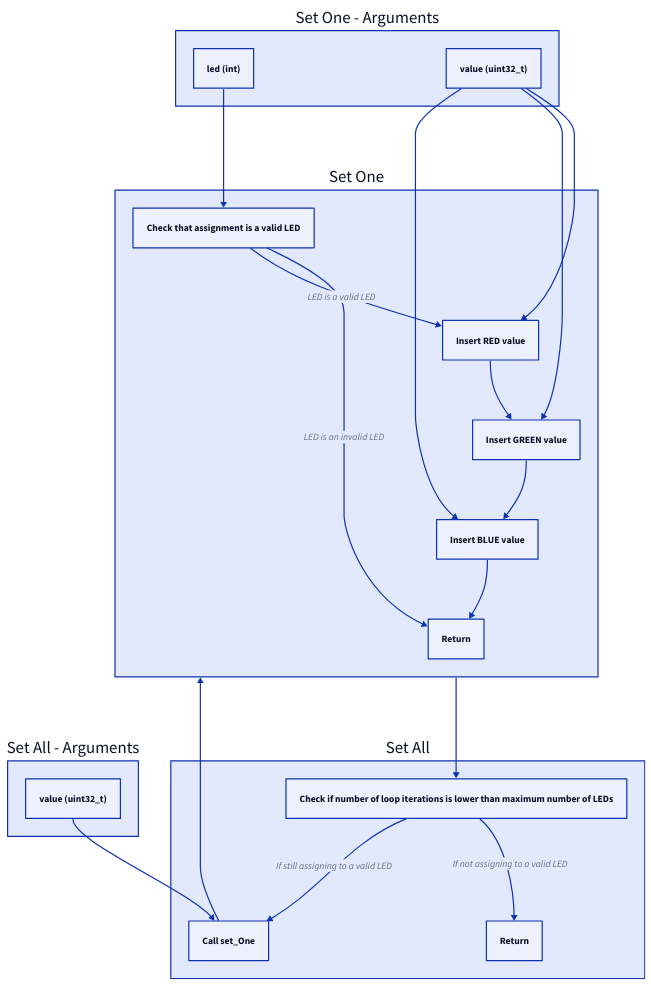
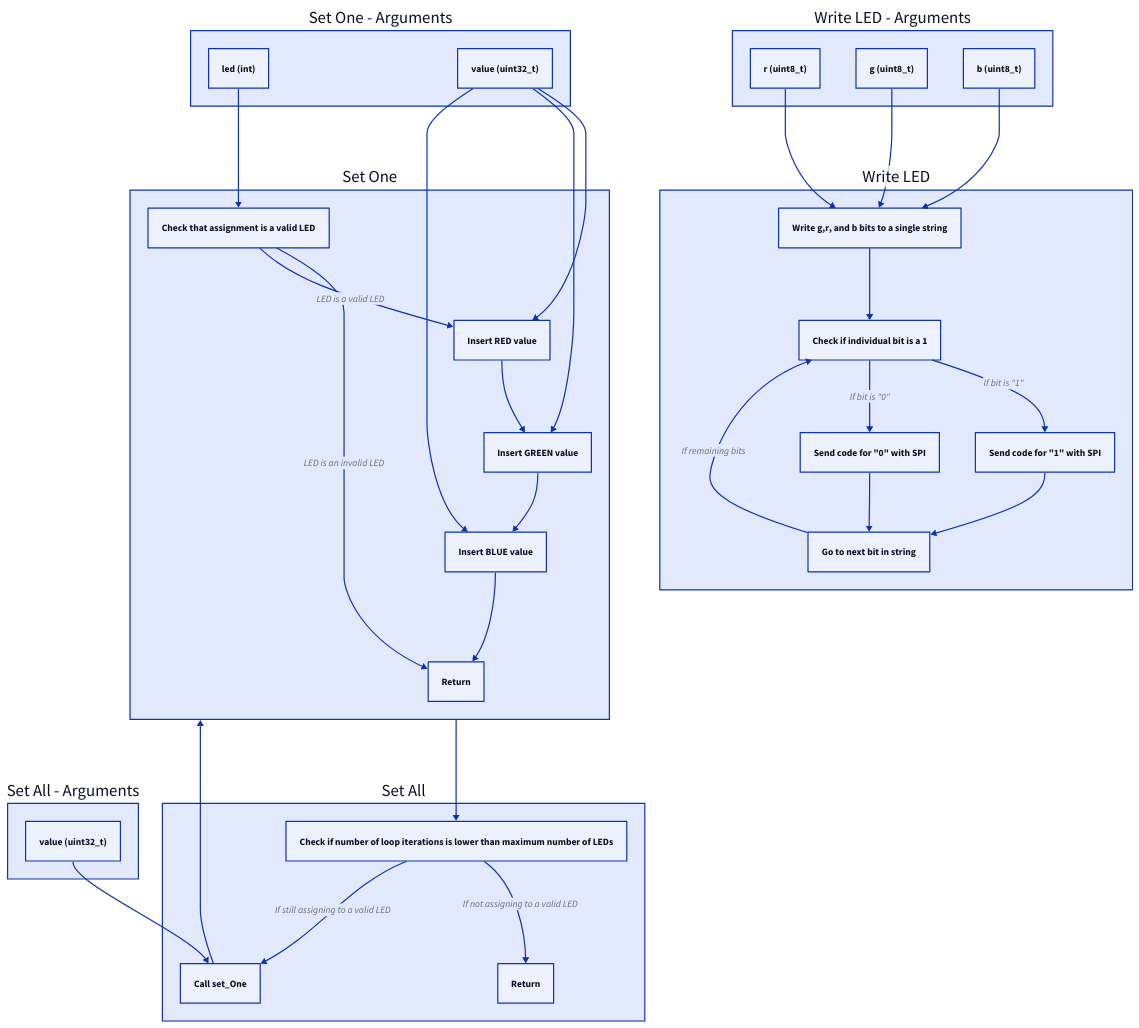
The diagram in docs/leds_flowchart.d2 (ncsurobotics/SW8E-MEB-Software), drawn with D2 before and after one commit. The commit also changed 1 other file, not shown here.

Commit message:
Add write_LED func to chart

```diff
--- a/docs/leds_flowchart.d2
+++ b/docs/leds_flowchart.d2
@@ -1,36 +1,61 @@
 args_set_one: Set One - Arguments {
 	led: led (int)
 	value: value (uint32_t)
 }
 fnc_set_one: Set One {
 	bounds_chk: Check that assignment is a valid LED
 	assign_red: Insert RED value
 	assign_grn: Insert GREEN value
 	assign_blu: Insert BLUE value
 	return: Return
 
 	bounds_chk -> return: LED is an invalid LED
 	bounds_chk -> assign_red: LED is a valid LED
 	assign_red -> assign_grn
 	assign_grn -> assign_blu
 	assign_blu -> return
 }
 args_set_one.led -> fnc_set_one.bounds_chk
 args_set_one.value -> fnc_set_one.assign_red
 args_set_one.value -> fnc_set_one.assign_grn
 args_set_one.value -> fnc_set_one.assign_blu
 
 args_set_all: Set All - Arguments {
 	value: value (uint32_t)
 }
 fnc_set_all: Set All {
 	loop_con_chk: Check if number of loop iterations is lower than maximum number of LEDs
 	call: Call set_One
 	return: Return
 
 	loop_con_chk -> return: If not assigning to a valid LED
 	loop_con_chk -> call: If still assigning to a valid LED
 }
 args_set_all.value -> fnc_set_all.call
 fnc_set_all.call -> fnc_set_one
 fnc_set_one -> fnc_set_all.loop_con_chk
+
+args_write_LED: Write LED - Arguments {
+	r_value: r (uint8_t)
+	g_value: g (uint8_t)
+	b_value: b (uint8_t)
+}
+
+fnc_write_LED: Write LED {
+	split_g_r_b_channels: Write g,r, and b bits to a single string
+	check_if_1: Check if individual bit is a 1
+	send_1_code: Send code for "1" with SPI
+	send_0_code: Send code for "0" with SPI
+	goto_next_bit: Go to next bit in string
+
+	split_g_r_b_channels -> check_if_1
+	check_if_1 -> send_1_code: If bit is "1"
+	check_if_1 -> send_0_code: If bit is "0"
+	send_1_code -> goto_next_bit
+	send_0_code -> goto_next_bit
+	goto_next_bit -> check_if_1: If remaining bits
+}
+
+args_write_LED.r_value -> fnc_write_LED.split_g_r_b_channels
+args_write_LED.g_value -> fnc_write_LED.split_g_r_b_channels
+args_write_LED.b_value -> fnc_write_LED.split_g_r_b_channels
```
